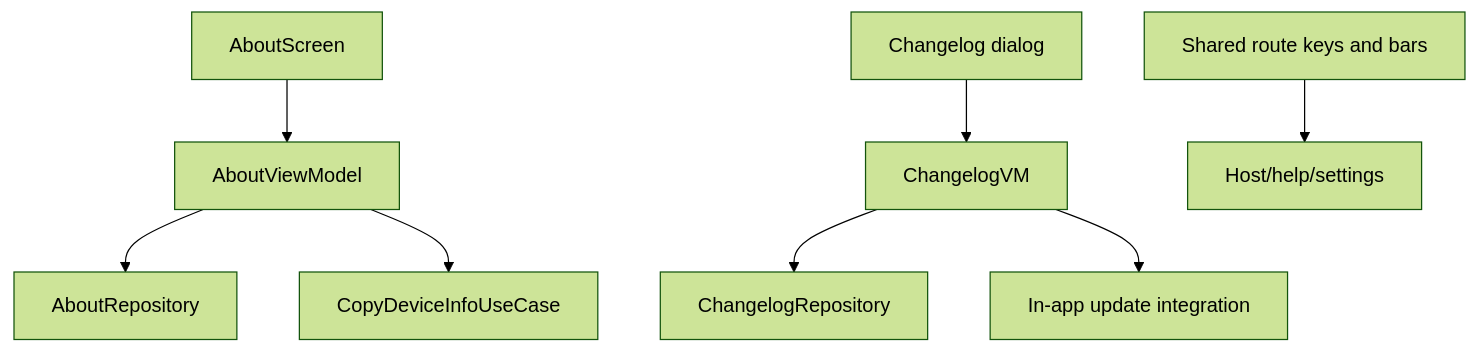
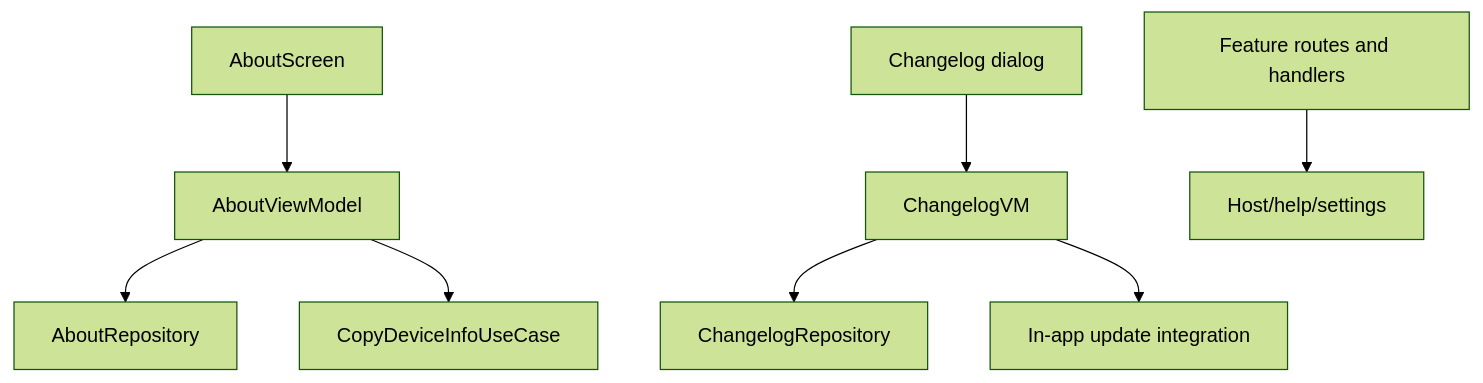
The diagram in library/feature/about/README.md (MihaiCristianCondrea/App-Toolkit-for-Android), drawn with Mermaid (forest theme) before and after one commit. The commit also changed other lines of this file and 100 other files, not shown here.

````diff
--- a/library/feature/about/README.md
+++ b/library/feature/about/README.md
@@ -39,10 +43,10 @@
 ```mermaid
 flowchart TD
     AboutScreen --> AboutVM[AboutViewModel]
     AboutVM --> AboutRepo[AboutRepository]
     AboutVM --> CopyUC[CopyDeviceInfoUseCase]
     ChangelogUI[Changelog dialog] --> ChangelogVM
     ChangelogVM --> ChangelogRepo[ChangelogRepository]
     ChangelogVM --> Update[In-app update integration]
-    Nav[Shared route keys and bars] --> Consumers[Host/help/settings]
+    Nav[Feature routes and handlers] --> Consumers[Host/help/settings]
 ```
````
